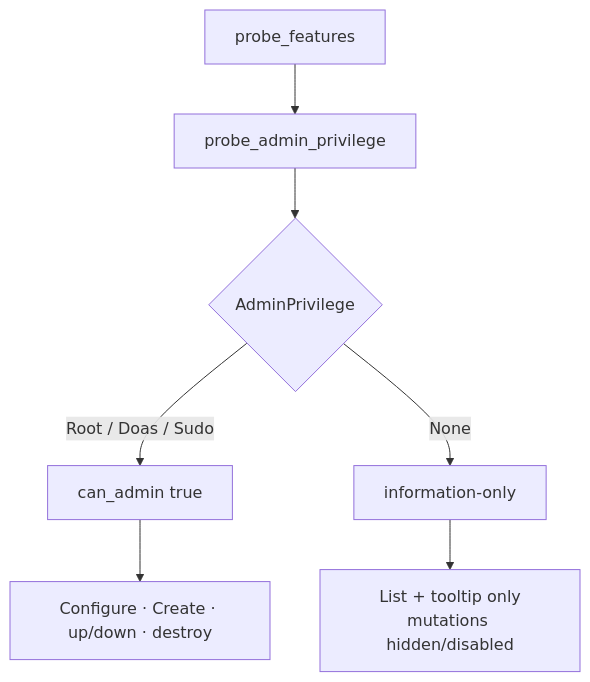
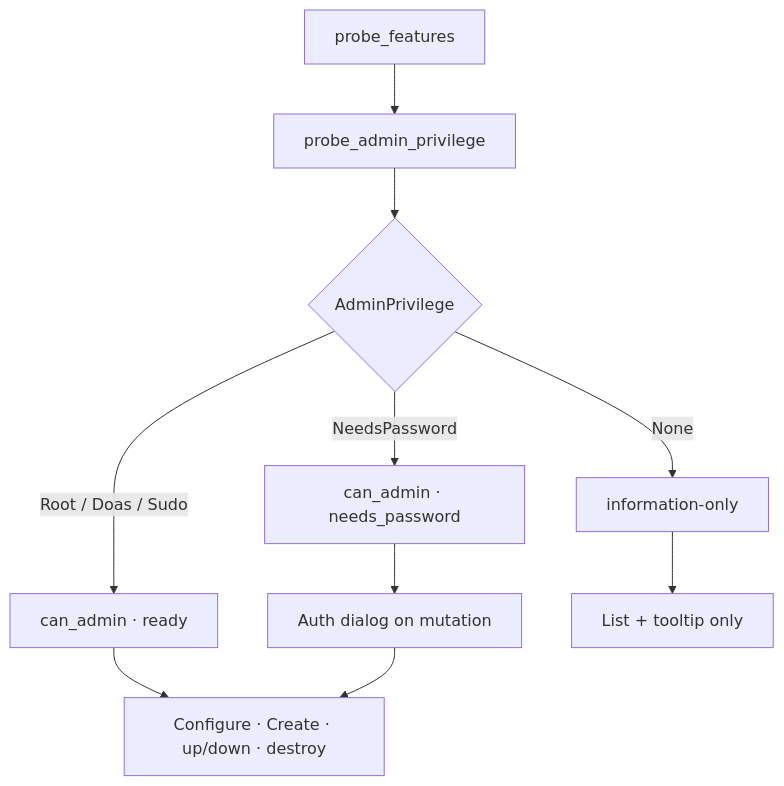
Before and after one commit to revytechinc/wf-shell: the third of 5 diagrams in docs/network-control/ARCHITECTURE.md, drawn with Mermaid. The commit also changed other lines of this file and 11 other files, not shown here.

First line of the commit message:
network: validation, password auth dialog, sparse UI, ~96% unit coverage

````diff
--- a/docs/network-control/ARCHITECTURE.md
+++ b/docs/network-control/ARCHITECTURE.md
@@ -101,10 +101,13 @@
 ```mermaid
 flowchart TB
   PF[probe_features]
   PF --> AD[probe_admin_privilege]
   AD --> R{AdminPrivilege}
-  R -->|Root / Doas / Sudo| CA[can_admin true]
+  R -->|Root / Doas / Sudo| CA[can_admin · ready]
+  R -->|NeedsPassword| PW[can_admin · needs_password]
   R -->|None| IO[information-only]
   CA --> MUT[Configure · Create · up/down · destroy]
-  IO --> RO[List + tooltip only<br/>mutations hidden/disabled]
+  PW --> DLG[Auth dialog on mutation]
+  DLG --> MUT
+  IO --> RO[List + tooltip only]
 ```
````
